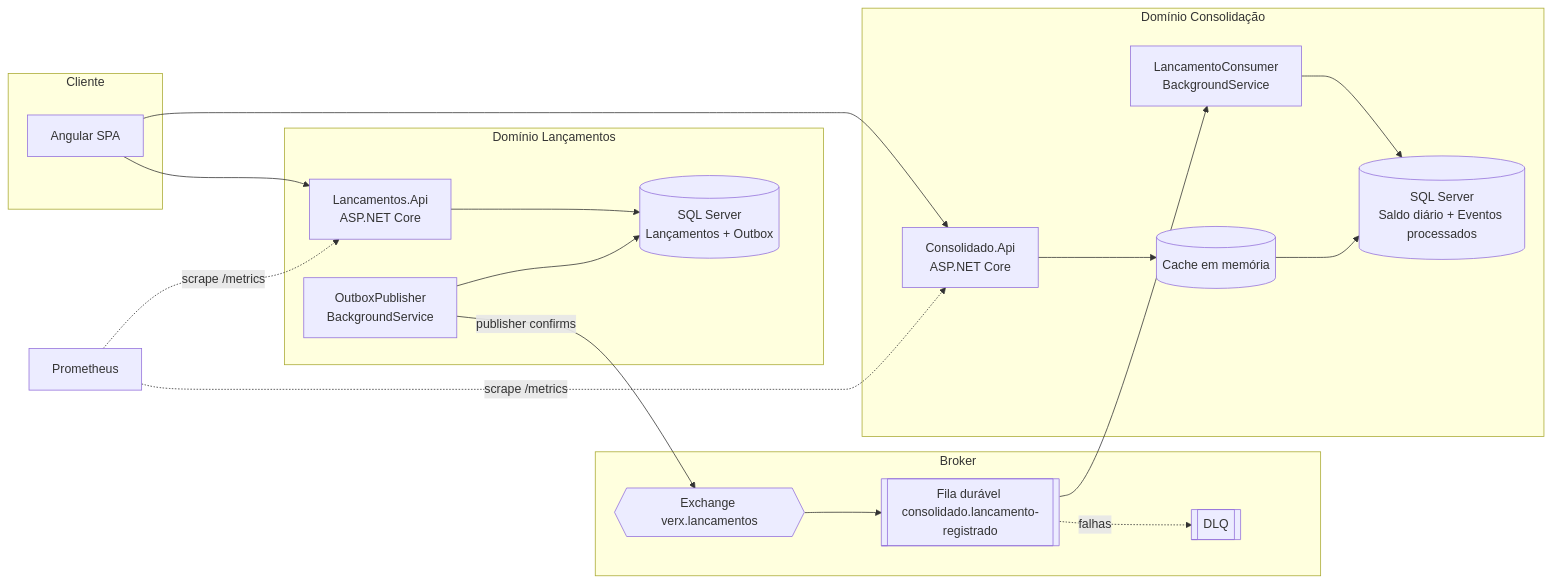
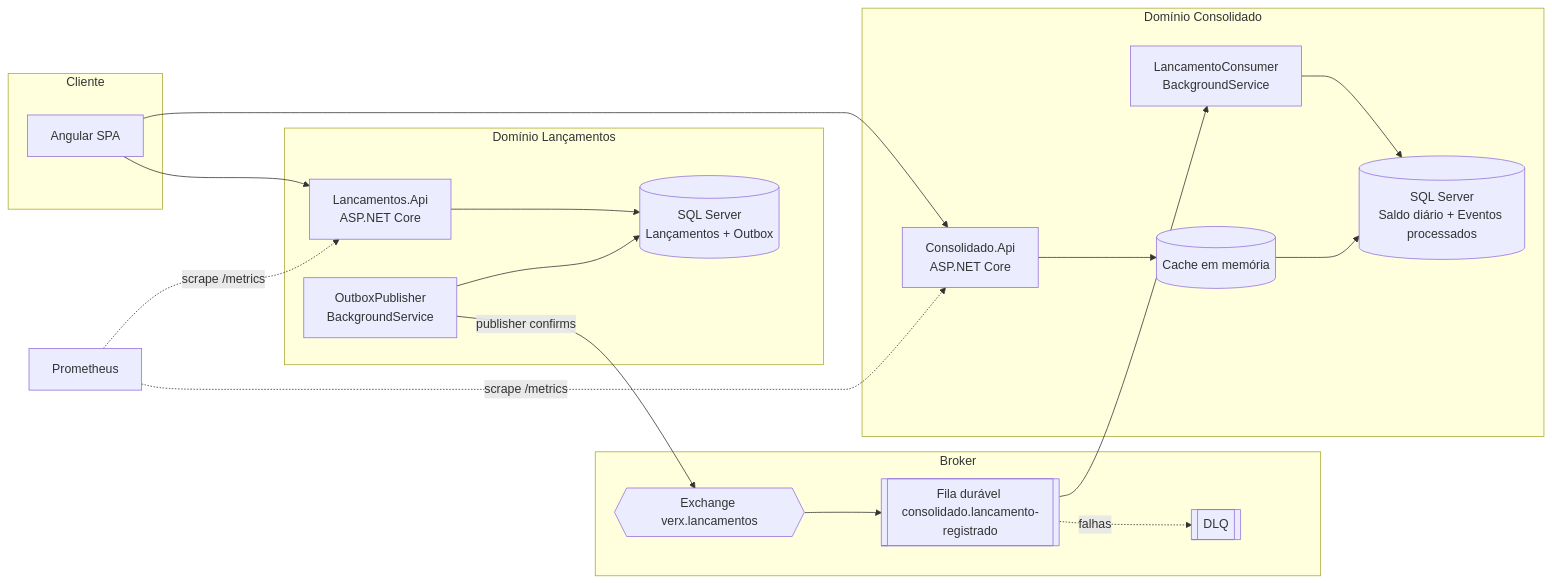
Before and after one commit to AugustinhoCelestino/verx: the second of 3 diagrams in docs/02-arquitetura-alvo.md, drawn with Mermaid. The commit also changed 13 other files, not shown here.

Commit message:
Adiciona /logs e /health como controllers, schemas no Swagger e ajustes de docs

````diff
--- a/docs/02-arquitetura-alvo.md
+++ b/docs/02-arquitetura-alvo.md
@@ -16,34 +16,34 @@
 ```mermaid
 flowchart LR
     subgraph Cliente
       W[Angular SPA]
     end
     subgraph Lancamentos[Domínio Lançamentos]
       LA[Lancamentos.Api<br/>ASP.NET Core]
       LDB[(SQL Server<br/>Lançamentos + Outbox)]
       OP[OutboxPublisher<br/>BackgroundService]
       LA --> LDB
       OP --> LDB
     end
     subgraph Broker
       EX{{Exchange verx.lancamentos}}
       Q[[Fila durável consolidado.lancamento-registrado]]
       DLQ[[DLQ]]
       EX --> Q
       Q -. falhas .-> DLQ
     end
-    subgraph Consolidacao[Domínio Consolidação]
+    subgraph Consolidacao[Domínio Consolidado]
       CO[LancamentoConsumer<br/>BackgroundService]
       CA[Consolidado.Api<br/>ASP.NET Core]
       CDB[(SQL Server<br/>Saldo diário + Eventos processados)]
       CACHE[(Cache em memória)]
       CO --> CDB
       CA --> CACHE --> CDB
     end
     W --> LA
     W --> CA
     OP -- publisher confirms --> EX
     Q --> CO
     PROM[Prometheus] -. scrape /metrics .-> LA
     PROM -. scrape /metrics .-> CA
 ```
````
